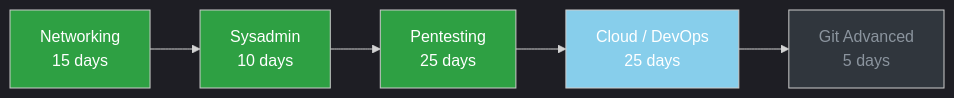
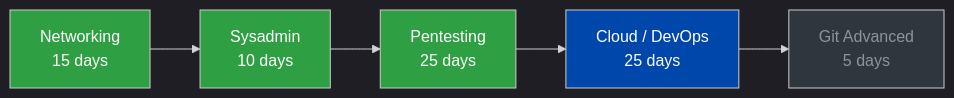
One commit to Jeetendra-sanatani/tools-journal changed the second of 2 diagrams in README.md. Above: the diagram before and after it, drawn with Mermaid.

````diff
--- a/README.md
+++ b/README.md
@@ -63,14 +63,14 @@
 ```mermaid
 %%{init: {'theme':'dark'}}%%
 flowchart LR
     A[Networking<br/>15 days] --> B[Sysadmin<br/>10 days]
     B --> C[Pentesting<br/>25 days]
     C --> D[Cloud / DevOps<br/>25 days]
     D --> E[Git Advanced<br/>5 days]
 
     style A fill:#2ea043,color:#fff
     style B fill:#2ea043,color:#fff
     style C fill:#2ea043,color:#fff
-    style D fill:#87CEEB,color:#fff
+    style D fill:#0047AB,color:#fff
     style E fill:#30363d,color:#8b949e
 ```
````
